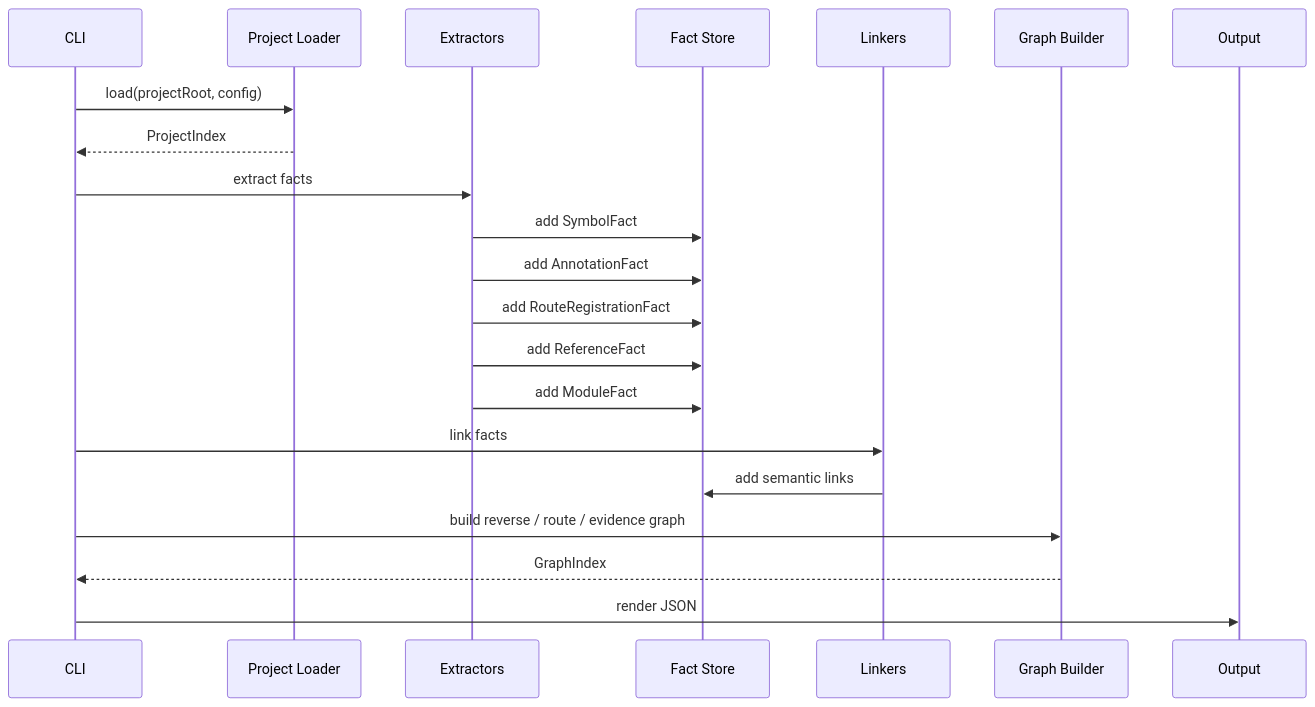
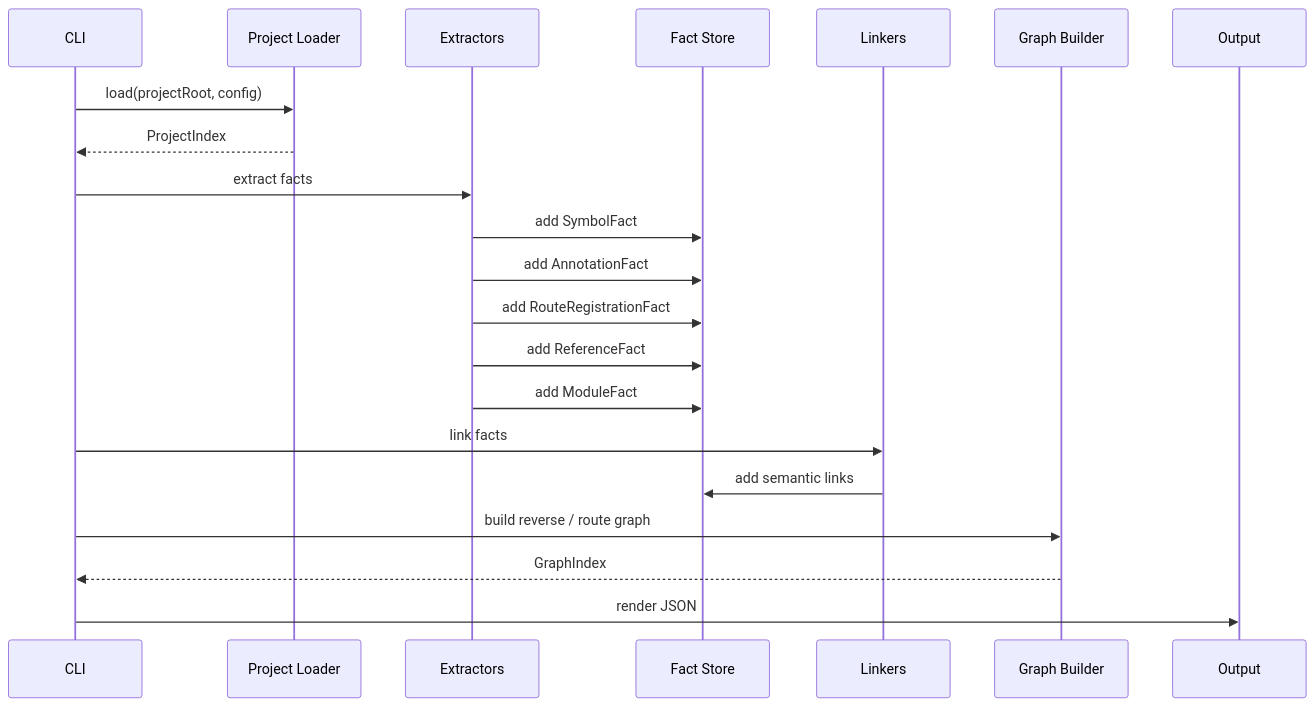
One commit to Flying-Bird1999/go-analyzer changed the second of 3 diagrams in docs/design/go-analyzer-mvp-architecture.md. Above: the diagram before and after it, drawn with Mermaid. The commit also changed other lines of this file and 72 other files, not shown here.

````diff
--- a/docs/design/go-analyzer-mvp-architecture.md
+++ b/docs/design/go-analyzer-mvp-architecture.md
@@ -259,24 +261,24 @@
 ```mermaid
 sequenceDiagram
   participant CLI as CLI
   participant Loader as Project Loader
   participant Extract as Extractors
   participant Store as Fact Store
   participant Linker as Linkers
   participant Graph as Graph Builder
   participant Output as Output
 
   CLI->>Loader: load(projectRoot, config)
   Loader-->>CLI: ProjectIndex
   CLI->>Extract: extract facts
   Extract->>Store: add SymbolFact
   Extract->>Store: add AnnotationFact
   Extract->>Store: add RouteRegistrationFact
   Extract->>Store: add ReferenceFact
   Extract->>Store: add ModuleFact
   CLI->>Linker: link facts
   Linker->>Store: add semantic links
-  CLI->>Graph: build reverse / route / evidence graph
+  CLI->>Graph: build reverse / route graph
   Graph-->>CLI: GraphIndex
   CLI->>Output: render JSON
 ```
````
